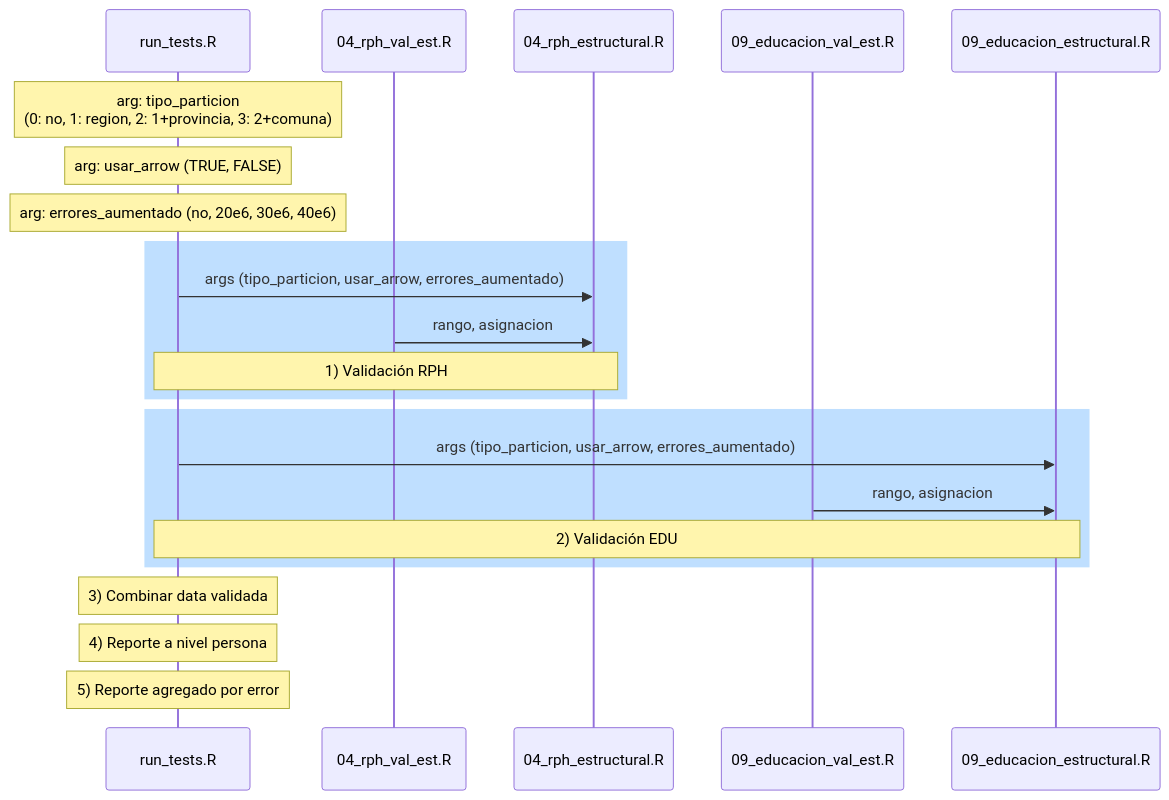
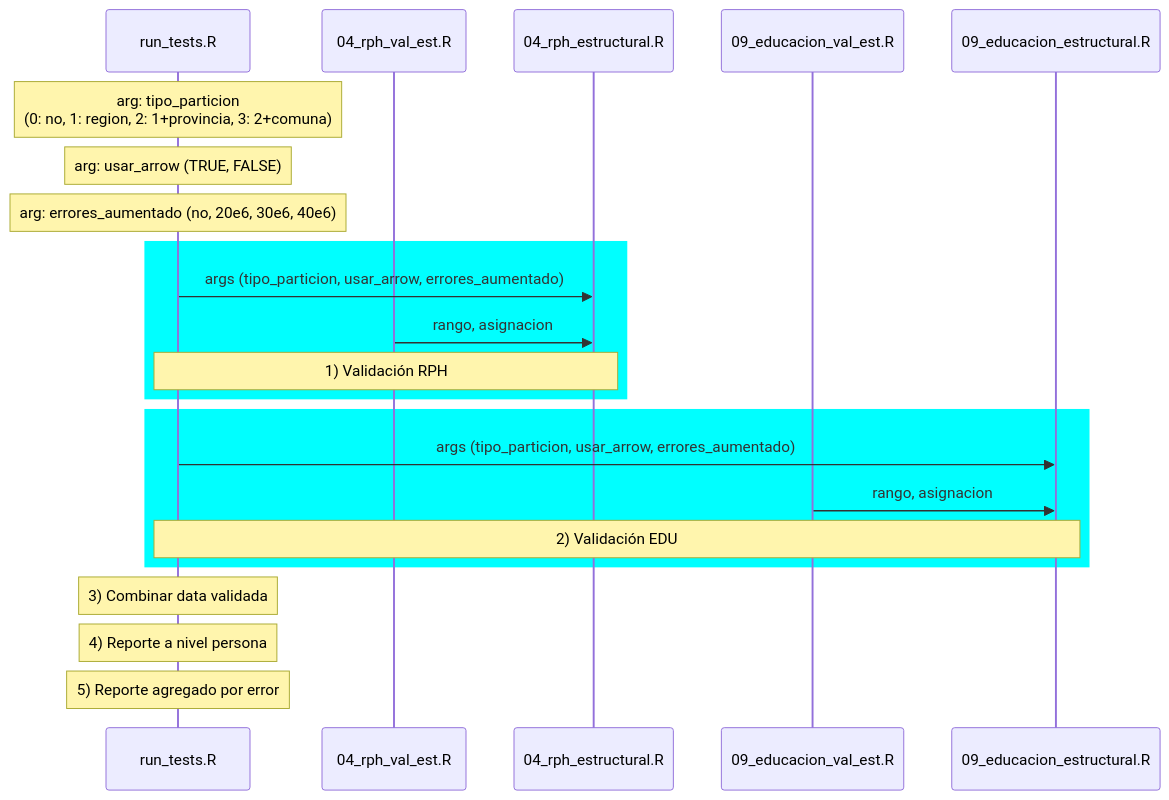
Before and after one commit to mentoria-censo/eficiencia-censo-validacion: the diagram in README.md, drawn with Mermaid.

Commit message:
se actualizó archivo README

````diff
--- a/README.md
+++ b/README.md
@@ -6,24 +6,24 @@
 ```mermaid
 sequenceDiagram
   participant run as run_tests.R
   participant rph_val as 04_rph_val_est.R  
   participant rph as 04_rph_estructural.R
   participant edu_val as 09_educacion_val_est.R  
   participant edu as 09_educacion_estructural.R
   Note over run: arg: tipo_particion <br> (0: no, 1: region, 2: 1+provincia, 3: 2+comuna) 
   Note over run: arg: usar_arrow (TRUE, FALSE)
   Note over run: arg: errores_aumentado (no, 20e6, 30e6, 40e6)
-  rect rgb(191, 223, 255)
+  rect rgb(0,255,255)
   run ->> rph: args (tipo_particion, usar_arrow, errores_aumentado)
   rph_val ->> rph: rango, asignacion
   Note over run,rph: 1) Validación RPH
   end
-  rect rgb(191, 223, 255)  
+  rect rgb(0,255,255)
   run ->> edu: args (tipo_particion, usar_arrow, errores_aumentado)
   edu_val ->> edu: rango, asignacion
   Note over run,edu: 2) Validación EDU  
   end
   Note over run: 3) Combinar data validada
   Note over run: 4) Reporte a nivel persona
   Note over run: 5) Reporte agregado por error      
 ```
````
